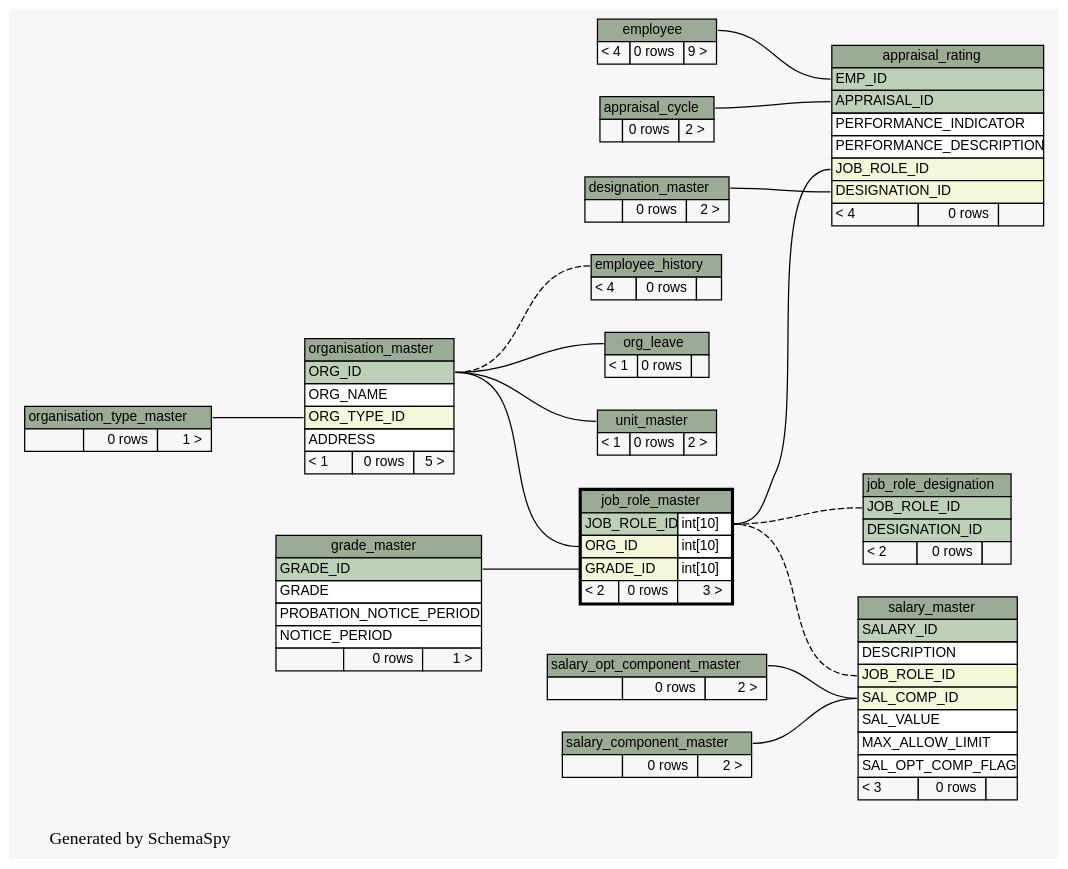
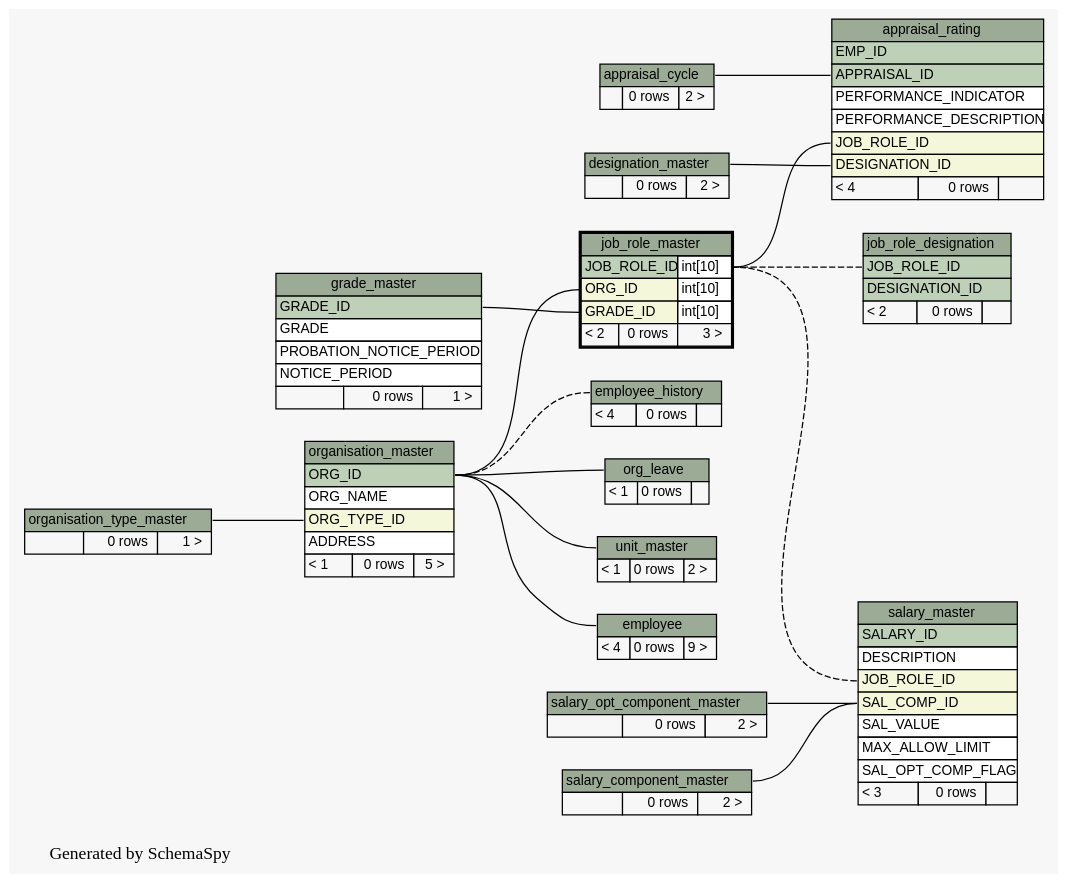
The diagram in docs/database/schemaspy/graphs/job_role_master.implied2degrees.dot (engineerscraft/hrms), drawn with Graphviz before and after one commit. The commit also changed 104 other files, not shown here.

```diff
--- a/docs/database/schemaspy/graphs/job_role_master.implied2degrees.dot
+++ b/docs/database/schemaspy/graphs/job_role_master.implied2degrees.dot
@@ -1,192 +1,192 @@
 // dot 2.38.0 on Windows 7 6.1
 digraph "impliedTwoDegreesRelationshipsGraph" {
   graph [
     rankdir="RL"
     bgcolor="#f7f7f7"
     label="\nGenerated by SchemaSpy"
     labeljust="l"
   ];
   node [
     fontname="Helvetica"
     fontsize="11"
     shape="plaintext"
   ];
   edge [
     arrowsize="0.8"
   ];
   "appraisal_rating":"APPRAISAL_ID":w -> "appraisal_cycle":"appraisal_cycle.heading":e [arrowtail=crowtee arrowhead=none];
   "appraisal_rating":"DESIGNATION_ID":w -> "designation_master":"designation_master.heading":e [arrowtail=crowodot arrowhead=none];
-  "appraisal_rating":"EMP_ID":w -> "employee":"employee.heading":e [arrowtail=crowtee arrowhead=none];
   "appraisal_rating":"JOB_ROLE_ID":w -> "job_role_master":"JOB_ROLE_ID.type":e [arrowtail=crowodot arrowhead=none];
+  "employee":"employee.heading":w -> "organisation_master":"ORG_ID":e [arrowtail=crowodot arrowhead=none];
   "employee_history":"employee_history.heading":w -> "organisation_master":"ORG_ID":e [arrowtail=crowodot arrowhead=none style=dashed];
   "job_role_designation":"JOB_ROLE_ID":w -> "job_role_master":"JOB_ROLE_ID.type":e [arrowtail=crowtee arrowhead=none style=dashed];
   "job_role_master":"GRADE_ID":w -> "grade_master":"GRADE_ID":e [arrowtail=crowodot arrowhead=none];
   "job_role_master":"ORG_ID":w -> "organisation_master":"ORG_ID":e [arrowtail=crowodot arrowhead=none];
   "org_leave":"org_leave.heading":w -> "organisation_master":"ORG_ID":e [arrowtail=crowodot arrowhead=none];
   "organisation_master":"ORG_TYPE_ID":w -> "organisation_type_master":"organisation_type_master.heading":e [arrowtail=crowodot arrowhead=none];
   "salary_master":"JOB_ROLE_ID":w -> "job_role_master":"JOB_ROLE_ID.type":e [arrowtail=crowodot arrowhead=none style=dashed];
   "salary_master":"SAL_COMP_ID":w -> "salary_component_master":"salary_component_master.heading":e [arrowtail=crowodot arrowhead=none];
   "salary_master":"SAL_COMP_ID":w -> "salary_opt_component_master":"salary_opt_component_master.heading":e [arrowtail=crowodot arrowhead=none];
   "unit_master":"unit_master.heading":w -> "organisation_master":"ORG_ID":e [arrowtail=crowodot arrowhead=none];
   "appraisal_cycle" [
     label=<
     <TABLE BORDER="0" CELLBORDER="1" CELLSPACING="0" BGCOLOR="#ffffff">
       <TR><TD PORT="appraisal_cycle.heading" COLSPAN="3" BGCOLOR="#9bab96" ALIGN="CENTER">appraisal_cycle</TD></TR>
       <TR><TD ALIGN="LEFT" BGCOLOR="#f7f7f7">  </TD><TD ALIGN="RIGHT" BGCOLOR="#f7f7f7">0 rows</TD><TD ALIGN="RIGHT" BGCOLOR="#f7f7f7">2 &gt;</TD></TR>
     </TABLE>>
     URL="appraisal_cycle.html#graph"
     tooltip="appraisal_cycle"
   ];
   "appraisal_rating" [
     label=<
     <TABLE BORDER="0" CELLBORDER="1" CELLSPACING="0" BGCOLOR="#ffffff">
       <TR><TD PORT="appraisal_rating.heading" COLSPAN="3" BGCOLOR="#9bab96" ALIGN="CENTER">appraisal_rating</TD></TR>
       <TR><TD PORT="EMP_ID" COLSPAN="3" BGCOLOR="#bed1b8" ALIGN="LEFT">EMP_ID</TD></TR>
       <TR><TD PORT="APPRAISAL_ID" COLSPAN="3" BGCOLOR="#bed1b8" ALIGN="LEFT">APPRAISAL_ID</TD></TR>
       <TR><TD PORT="PERFORMANCE_INDICATOR" COLSPAN="3" ALIGN="LEFT">PERFORMANCE_INDICATOR</TD></TR>
       <TR><TD PORT="PERFORMANCE_DESCRIPTION" COLSPAN="3" ALIGN="LEFT">PERFORMANCE_DESCRIPTION</TD></TR>
       <TR><TD PORT="JOB_ROLE_ID" COLSPAN="3" BGCOLOR="#f4f7da" ALIGN="LEFT">JOB_ROLE_ID</TD></TR>
       <TR><TD PORT="DESIGNATION_ID" COLSPAN="3" BGCOLOR="#f4f7da" ALIGN="LEFT">DESIGNATION_ID</TD></TR>
       <TR><TD ALIGN="LEFT" BGCOLOR="#f7f7f7">&lt; 4</TD><TD ALIGN="RIGHT" BGCOLOR="#f7f7f7">0 rows</TD><TD ALIGN="RIGHT" BGCOLOR="#f7f7f7">  </TD></TR>
     </TABLE>>
     URL="appraisal_rating.html#graph"
     tooltip="appraisal_rating"
   ];
   "designation_master" [
     label=<
     <TABLE BORDER="0" CELLBORDER="1" CELLSPACING="0" BGCOLOR="#ffffff">
       <TR><TD PORT="designation_master.heading" COLSPAN="3" BGCOLOR="#9bab96" ALIGN="CENTER">designation_master</TD></TR>
       <TR><TD ALIGN="LEFT" BGCOLOR="#f7f7f7">  </TD><TD ALIGN="RIGHT" BGCOLOR="#f7f7f7">0 rows</TD><TD ALIGN="RIGHT" BGCOLOR="#f7f7f7">2 &gt;</TD></TR>
     </TABLE>>
     URL="designation_master.html#graph"
     tooltip="designation_master"
   ];
   "employee" [
     label=<
     <TABLE BORDER="0" CELLBORDER="1" CELLSPACING="0" BGCOLOR="#ffffff">
       <TR><TD PORT="employee.heading" COLSPAN="3" BGCOLOR="#9bab96" ALIGN="CENTER">employee</TD></TR>
       <TR><TD ALIGN="LEFT" BGCOLOR="#f7f7f7">&lt; 4</TD><TD ALIGN="RIGHT" BGCOLOR="#f7f7f7">0 rows</TD><TD ALIGN="RIGHT" BGCOLOR="#f7f7f7">9 &gt;</TD></TR>
     </TABLE>>
     URL="employee.html#graph"
     tooltip="employee"
   ];
   "employee_history" [
     label=<
     <TABLE BORDER="0" CELLBORDER="1" CELLSPACING="0" BGCOLOR="#ffffff">
       <TR><TD PORT="employee_history.heading" COLSPAN="3" BGCOLOR="#9bab96" ALIGN="CENTER">employee_history</TD></TR>
       <TR><TD ALIGN="LEFT" BGCOLOR="#f7f7f7">&lt; 4</TD><TD ALIGN="RIGHT" BGCOLOR="#f7f7f7">0 rows</TD><TD ALIGN="RIGHT" BGCOLOR="#f7f7f7">  </TD></TR>
     </TABLE>>
     URL="employee_history.html#graph"
     tooltip="employee_history"
   ];
   "grade_master" [
     label=<
     <TABLE BORDER="0" CELLBORDER="1" CELLSPACING="0" BGCOLOR="#ffffff">
       <TR><TD PORT="grade_master.heading" COLSPAN="3" BGCOLOR="#9bab96" ALIGN="CENTER">grade_master</TD></TR>
       <TR><TD PORT="GRADE_ID" COLSPAN="3" BGCOLOR="#bed1b8" ALIGN="LEFT">GRADE_ID</TD></TR>
       <TR><TD PORT="GRADE" COLSPAN="3" ALIGN="LEFT">GRADE</TD></TR>
       <TR><TD PORT="PROBATION_NOTICE_PERIOD" COLSPAN="3" ALIGN="LEFT">PROBATION_NOTICE_PERIOD</TD></TR>
       <TR><TD PORT="NOTICE_PERIOD" COLSPAN="3" ALIGN="LEFT">NOTICE_PERIOD</TD></TR>
       <TR><TD ALIGN="LEFT" BGCOLOR="#f7f7f7">  </TD><TD ALIGN="RIGHT" BGCOLOR="#f7f7f7">0 rows</TD><TD ALIGN="RIGHT" BGCOLOR="#f7f7f7">1 &gt;</TD></TR>
     </TABLE>>
     URL="grade_master.html#graph"
     tooltip="grade_master"
   ];
   "job_role_designation" [
     label=<
     <TABLE BORDER="0" CELLBORDER="1" CELLSPACING="0" BGCOLOR="#ffffff">
       <TR><TD PORT="job_role_designation.heading" COLSPAN="3" BGCOLOR="#9bab96" ALIGN="CENTER">job_role_designation</TD></TR>
       <TR><TD PORT="JOB_ROLE_ID" COLSPAN="3" BGCOLOR="#bed1b8" ALIGN="LEFT">JOB_ROLE_ID</TD></TR>
       <TR><TD PORT="DESIGNATION_ID" COLSPAN="3" BGCOLOR="#bed1b8" ALIGN="LEFT">DESIGNATION_ID</TD></TR>
       <TR><TD ALIGN="LEFT" BGCOLOR="#f7f7f7">&lt; 2</TD><TD ALIGN="RIGHT" BGCOLOR="#f7f7f7">0 rows</TD><TD ALIGN="RIGHT" BGCOLOR="#f7f7f7">  </TD></TR>
     </TABLE>>
     URL="job_role_designation.html#graph"
     tooltip="job_role_designation"
   ];
   "job_role_master" [
     label=<
     <TABLE BORDER="2" CELLBORDER="1" CELLSPACING="0" BGCOLOR="#ffffff">
       <TR><TD PORT="job_role_master.heading" COLSPAN="3" BGCOLOR="#9bab96" ALIGN="CENTER">job_role_master</TD></TR>
       <TR><TD PORT="JOB_ROLE_ID" COLSPAN="2" BGCOLOR="#bed1b8" ALIGN="LEFT">JOB_ROLE_ID</TD><TD PORT="JOB_ROLE_ID.type" ALIGN="LEFT">int[10]</TD></TR>
       <TR><TD PORT="ORG_ID" COLSPAN="2" BGCOLOR="#f4f7da" ALIGN="LEFT">ORG_ID</TD><TD PORT="ORG_ID.type" ALIGN="LEFT">int[10]</TD></TR>
       <TR><TD PORT="GRADE_ID" COLSPAN="2" BGCOLOR="#f4f7da" ALIGN="LEFT">GRADE_ID</TD><TD PORT="GRADE_ID.type" ALIGN="LEFT">int[10]</TD></TR>
       <TR><TD ALIGN="LEFT" BGCOLOR="#f7f7f7">&lt; 2</TD><TD ALIGN="RIGHT" BGCOLOR="#f7f7f7">0 rows</TD><TD ALIGN="RIGHT" BGCOLOR="#f7f7f7">3 &gt;</TD></TR>
     </TABLE>>
     URL="job_role_master.html#"
     tooltip="job_role_master"
   ];
   "org_leave" [
     label=<
     <TABLE BORDER="0" CELLBORDER="1" CELLSPACING="0" BGCOLOR="#ffffff">
       <TR><TD PORT="org_leave.heading" COLSPAN="3" BGCOLOR="#9bab96" ALIGN="CENTER">org_leave</TD></TR>
       <TR><TD ALIGN="LEFT" BGCOLOR="#f7f7f7">&lt; 1</TD><TD ALIGN="RIGHT" BGCOLOR="#f7f7f7">0 rows</TD><TD ALIGN="RIGHT" BGCOLOR="#f7f7f7">  </TD></TR>
     </TABLE>>
     URL="org_leave.html#graph"
     tooltip="org_leave"
   ];
   "organisation_master" [
     label=<
     <TABLE BORDER="0" CELLBORDER="1" CELLSPACING="0" BGCOLOR="#ffffff">
       <TR><TD PORT="organisation_master.heading" COLSPAN="3" BGCOLOR="#9bab96" ALIGN="CENTER">organisation_master</TD></TR>
       <TR><TD PORT="ORG_ID" COLSPAN="3" BGCOLOR="#bed1b8" ALIGN="LEFT">ORG_ID</TD></TR>
       <TR><TD PORT="ORG_NAME" COLSPAN="3" ALIGN="LEFT">ORG_NAME</TD></TR>
       <TR><TD PORT="ORG_TYPE_ID" COLSPAN="3" BGCOLOR="#f4f7da" ALIGN="LEFT">ORG_TYPE_ID</TD></TR>
       <TR><TD PORT="ADDRESS" COLSPAN="3" ALIGN="LEFT">ADDRESS</TD></TR>
       <TR><TD ALIGN="LEFT" BGCOLOR="#f7f7f7">&lt; 1</TD><TD ALIGN="RIGHT" BGCOLOR="#f7f7f7">0 rows</TD><TD ALIGN="RIGHT" BGCOLOR="#f7f7f7">5 &gt;</TD></TR>
     </TABLE>>
     URL="organisation_master.html#graph"
     tooltip="organisation_master"
   ];
   "organisation_type_master" [
     label=<
     <TABLE BORDER="0" CELLBORDER="1" CELLSPACING="0" BGCOLOR="#ffffff">
       <TR><TD PORT="organisation_type_master.heading" COLSPAN="3" BGCOLOR="#9bab96" ALIGN="CENTER">organisation_type_master</TD></TR>
       <TR><TD ALIGN="LEFT" BGCOLOR="#f7f7f7">  </TD><TD ALIGN="RIGHT" BGCOLOR="#f7f7f7">0 rows</TD><TD ALIGN="RIGHT" BGCOLOR="#f7f7f7">1 &gt;</TD></TR>
     </TABLE>>
     URL="organisation_type_master.html#graph"
     tooltip="organisation_type_master"
   ];
   "salary_component_master" [
     label=<
     <TABLE BORDER="0" CELLBORDER="1" CELLSPACING="0" BGCOLOR="#ffffff">
       <TR><TD PORT="salary_component_master.heading" COLSPAN="3" BGCOLOR="#9bab96" ALIGN="CENTER">salary_component_master</TD></TR>
       <TR><TD ALIGN="LEFT" BGCOLOR="#f7f7f7">  </TD><TD ALIGN="RIGHT" BGCOLOR="#f7f7f7">0 rows</TD><TD ALIGN="RIGHT" BGCOLOR="#f7f7f7">2 &gt;</TD></TR>
     </TABLE>>
     URL="salary_component_master.html#graph"
     tooltip="salary_component_master"
   ];
   "salary_master" [
     label=<
     <TABLE BORDER="0" CELLBORDER="1" CELLSPACING="0" BGCOLOR="#ffffff">
       <TR><TD PORT="salary_master.heading" COLSPAN="3" BGCOLOR="#9bab96" ALIGN="CENTER">salary_master</TD></TR>
       <TR><TD PORT="SALARY_ID" COLSPAN="3" BGCOLOR="#bed1b8" ALIGN="LEFT">SALARY_ID</TD></TR>
       <TR><TD PORT="DESCRIPTION" COLSPAN="3" ALIGN="LEFT">DESCRIPTION</TD></TR>
       <TR><TD PORT="JOB_ROLE_ID" COLSPAN="3" BGCOLOR="#f4f7da" ALIGN="LEFT">JOB_ROLE_ID</TD></TR>
       <TR><TD PORT="SAL_COMP_ID" COLSPAN="3" BGCOLOR="#f4f7da" ALIGN="LEFT">SAL_COMP_ID</TD></TR>
       <TR><TD PORT="SAL_VALUE" COLSPAN="3" ALIGN="LEFT">SAL_VALUE</TD></TR>
       <TR><TD PORT="MAX_ALLOW_LIMIT" COLSPAN="3" ALIGN="LEFT">MAX_ALLOW_LIMIT</TD></TR>
       <TR><TD PORT="SAL_OPT_COMP_FLAG" COLSPAN="3" ALIGN="LEFT">SAL_OPT_COMP_FLAG</TD></TR>
       <TR><TD ALIGN="LEFT" BGCOLOR="#f7f7f7">&lt; 3</TD><TD ALIGN="RIGHT" BGCOLOR="#f7f7f7">0 rows</TD><TD ALIGN="RIGHT" BGCOLOR="#f7f7f7">  </TD></TR>
     </TABLE>>
     URL="salary_master.html#graph"
     tooltip="salary_master"
   ];
   "salary_opt_component_master" [
     label=<
     <TABLE BORDER="0" CELLBORDER="1" CELLSPACING="0" BGCOLOR="#ffffff">
       <TR><TD PORT="salary_opt_component_master.heading" COLSPAN="3" BGCOLOR="#9bab96" ALIGN="CENTER">salary_opt_component_master</TD></TR>
       <TR><TD ALIGN="LEFT" BGCOLOR="#f7f7f7">  </TD><TD ALIGN="RIGHT" BGCOLOR="#f7f7f7">0 rows</TD><TD ALIGN="RIGHT" BGCOLOR="#f7f7f7">2 &gt;</TD></TR>
     </TABLE>>
     URL="salary_opt_component_master.html#graph"
     tooltip="salary_opt_component_master"
   ];
   "unit_master" [
     label=<
     <TABLE BORDER="0" CELLBORDER="1" CELLSPACING="0" BGCOLOR="#ffffff">
       <TR><TD PORT="unit_master.heading" COLSPAN="3" BGCOLOR="#9bab96" ALIGN="CENTER">unit_master</TD></TR>
       <TR><TD ALIGN="LEFT" BGCOLOR="#f7f7f7">&lt; 1</TD><TD ALIGN="RIGHT" BGCOLOR="#f7f7f7">0 rows</TD><TD ALIGN="RIGHT" BGCOLOR="#f7f7f7">2 &gt;</TD></TR>
     </TABLE>>
     URL="unit_master.html#graph"
     tooltip="unit_master"
   ];
 }
```
